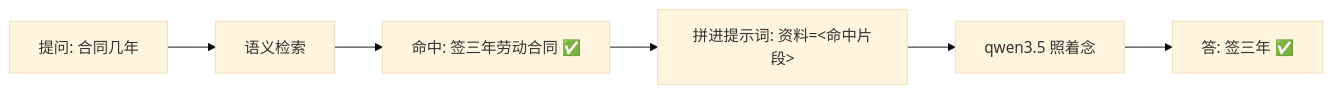
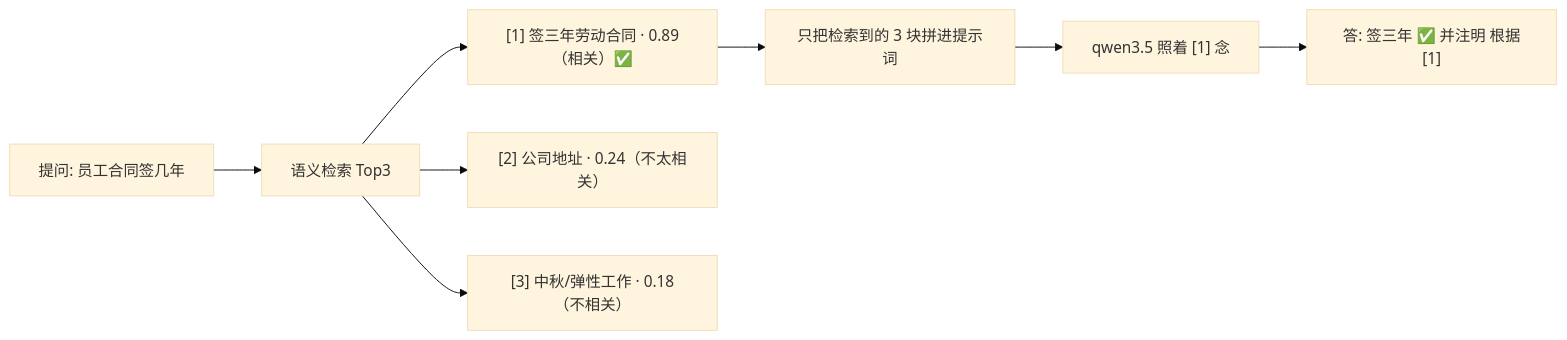
One commit to zhonglove/zhonglove.github.io changed the sixth of 6 diagrams in docs/articles/nestjs-langchain-rag.md. Above: the diagram before and after it, drawn with Mermaid (base theme). The commit also changed other lines of this file and 4 other files, not shown here.

````diff
--- a/docs/articles/nestjs-langchain-rag.md
+++ b/docs/articles/nestjs-langchain-rag.md
@@ -388,8 +564,10 @@
 ```mermaid
 flowchart LR
-    Q[提问: 合同几年] --> R[语义检索]
-    R --> H[命中: 签三年劳动合同 ✅]
-    H --> P[拼进提示词: 资料=<命中片段>]
-    P --> M[qwen3.5 照着念]
-    M --> A[答: 签三年 ✅]
+    Q["提问: 员工合同签几年"] --> R["语义检索 Top3"]
+    R --> H["[1] 签三年劳动合同 · 0.89（相关）✅"]
+    R --> I["[2] 公司地址 · 0.24（不太相关）"]
+    R --> J["[3] 中秋/弹性工作 · 0.18（不相关）"]
+    H --> P["只把检索到的 3 块拼进提示词"]
+    P --> M["qwen3.5 照着 [1] 念"]
+    M --> A["答: 签三年 ✅ 并注明 根据[1]"]
 ```
````
